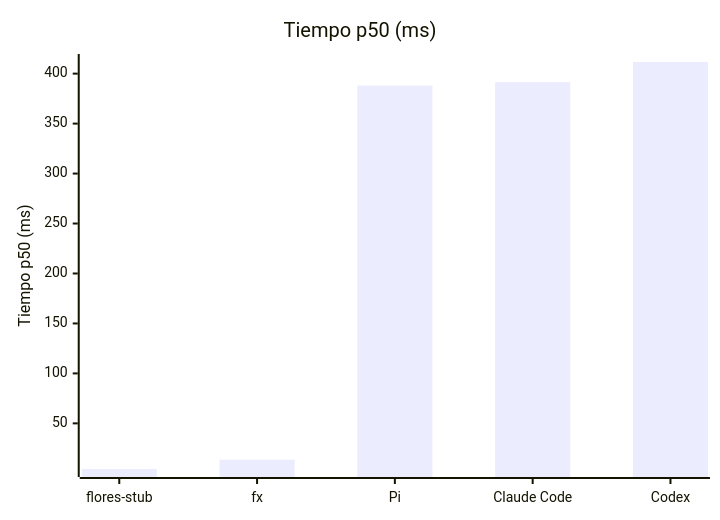
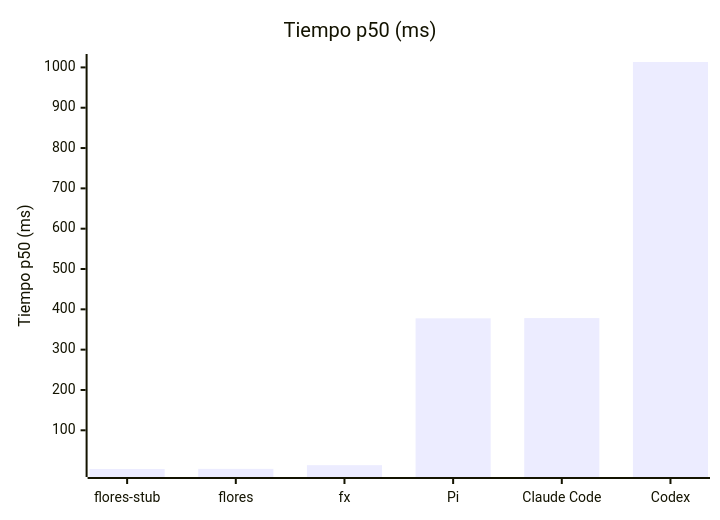
Before and after one commit to sfloresone/flores: the first of 6 diagrams in benchmarks/published/README.md, drawn with Mermaid. The commit also changed other lines of this file and 6 other files, not shown here.

````diff
--- a/benchmarks/published/README.md
+++ b/benchmarks/published/README.md
@@ -109,7 +117,7 @@
 ```mermaid
 xychart-beta
     title "Tiempo p50 (ms)"
-    x-axis ["flores-stub", "fx", "Pi", "Claude Code", "Codex"]
+    x-axis ["flores-stub", "flores", "fx", "Pi", "Claude Code", "Codex"]
     y-axis "Tiempo p50 (ms)"
-    bar [4.33, 13.68, 388.10, 391.51, 411.65]
+    bar [4.00, 4.33, 13.43, 377.72, 378.24, 1013.40]
 ```
````
